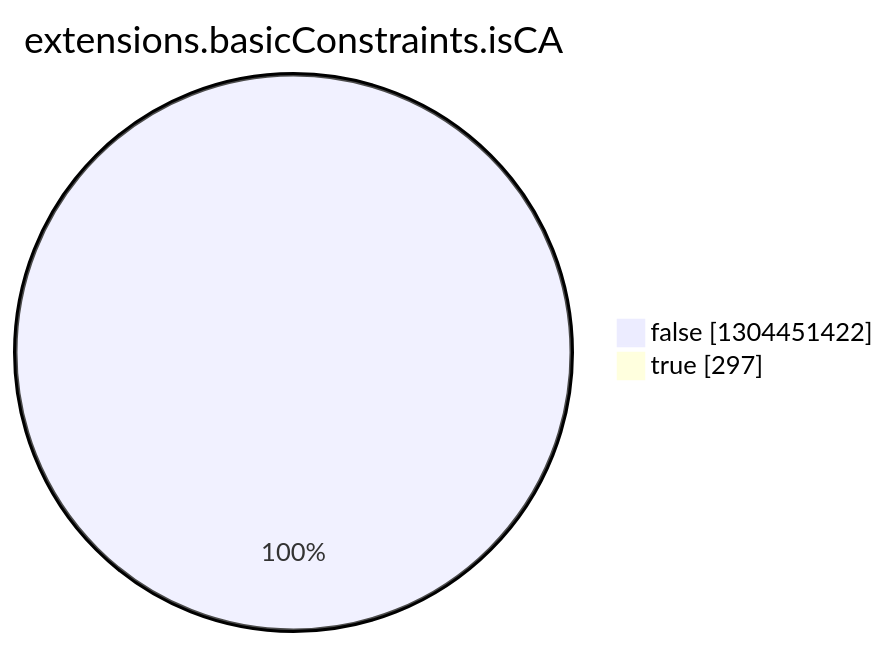
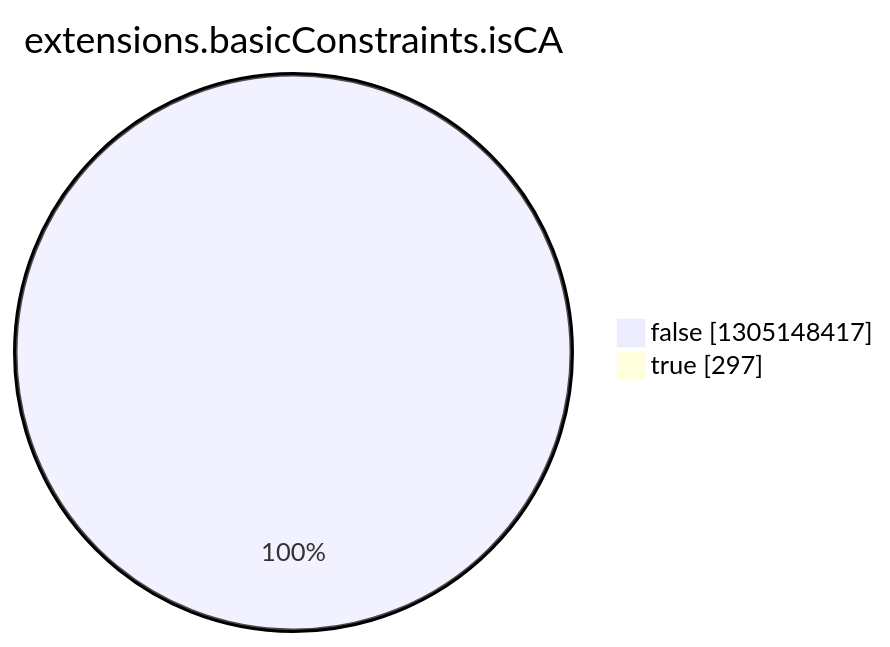
One commit to christiankrug/ctmonitor_visualization changed the eighth of 15 diagrams in argon2022/README.md. Above: the diagram before and after it, drawn with Mermaid. The commit also changed other lines of this file, not shown here.

````diff
--- a/argon2022/README.md
+++ b/argon2022/README.md
@@ -2757,6 +2757,6 @@
 ```mermaid
 pie showData
 title extensions.basicConstraints.isCA
-"false" :1304451422
+"false" :1305148417
 "true" :297
 ```
````
